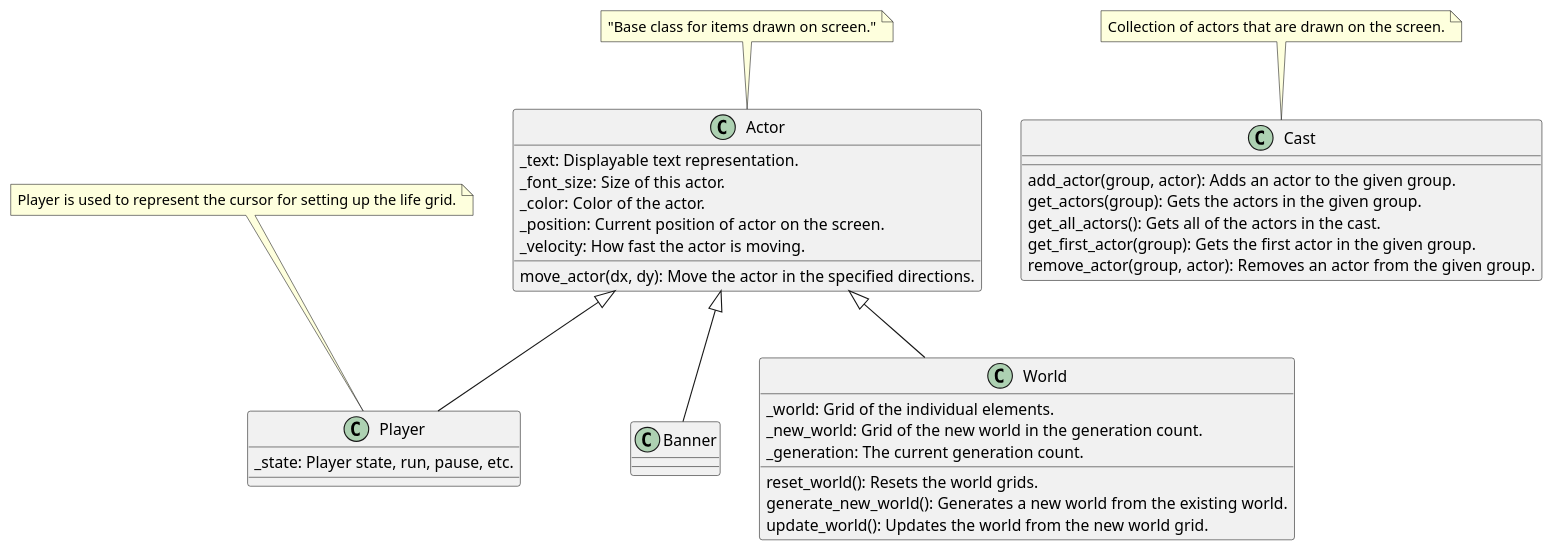
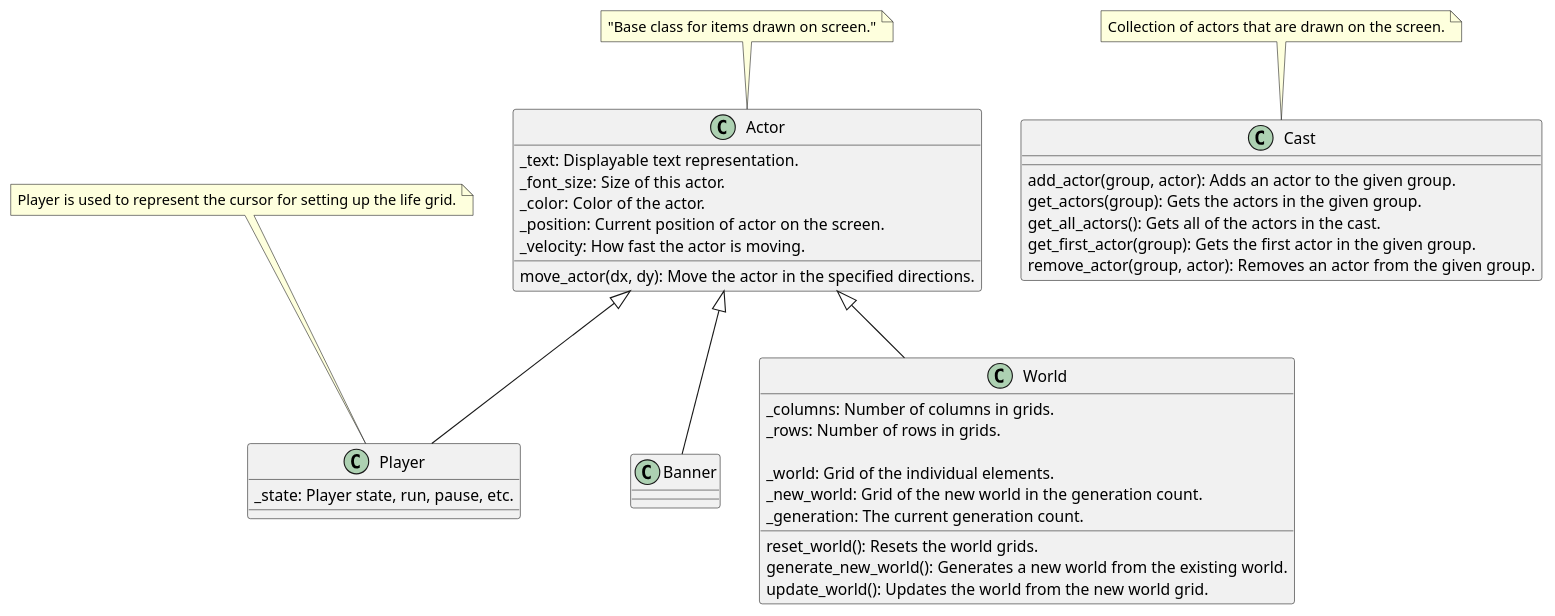
The second of 3 diagrams in class_diagrams.puml (mscottreynolds/cse210-06), drawn with PlantUML before and after one commit. The commit also changed 12 other files, not shown here.

```diff
--- a/class_diagrams.puml
+++ b/class_diagrams.puml
@@ -30,44 +30,47 @@
 @startuml Actor-Class
 
 class Actor {
     _text: Displayable text representation.
     _font_size: Size of this actor.
     _color: Color of the actor.
     _position: Current position of actor on the screen.
     _velocity: How fast the actor is moving.
 
     move_actor(dx, dy): Move the actor in the specified directions.
 }
 note top: "Base class for items drawn on screen."
 
 class Banner {
 }
 Actor <|-- Banner
 
 class World {
+    _columns: Number of columns in grids.
+    _rows: Number of rows in grids.
+    
     _world: Grid of the individual elements.
     _new_world: Grid of the new world in the generation count.
     _generation: The current generation count.
 
   reset_world(): Resets the world grids.
   generate_new_world(): Generates a new world from the existing world.
   update_world(): Updates the world from the new world grid.
 }
 Actor <|-- World
 
 class Player {
   _state: Player state, run, pause, etc.
 }
 note top: Player is used to represent the cursor for setting up the life grid.
 Actor <|-- Player
 
 class Cast {
     add_actor(group, actor): Adds an actor to the given group.
     get_actors(group): Gets the actors in the given group.
     get_all_actors(): Gets all of the actors in the cast.
     get_first_actor(group): Gets the first actor in the given group.
     remove_actor(group, actor): Removes an actor from the given group.
 }
 note top: Collection of actors that are drawn on the screen.
 
 @enduml
```
